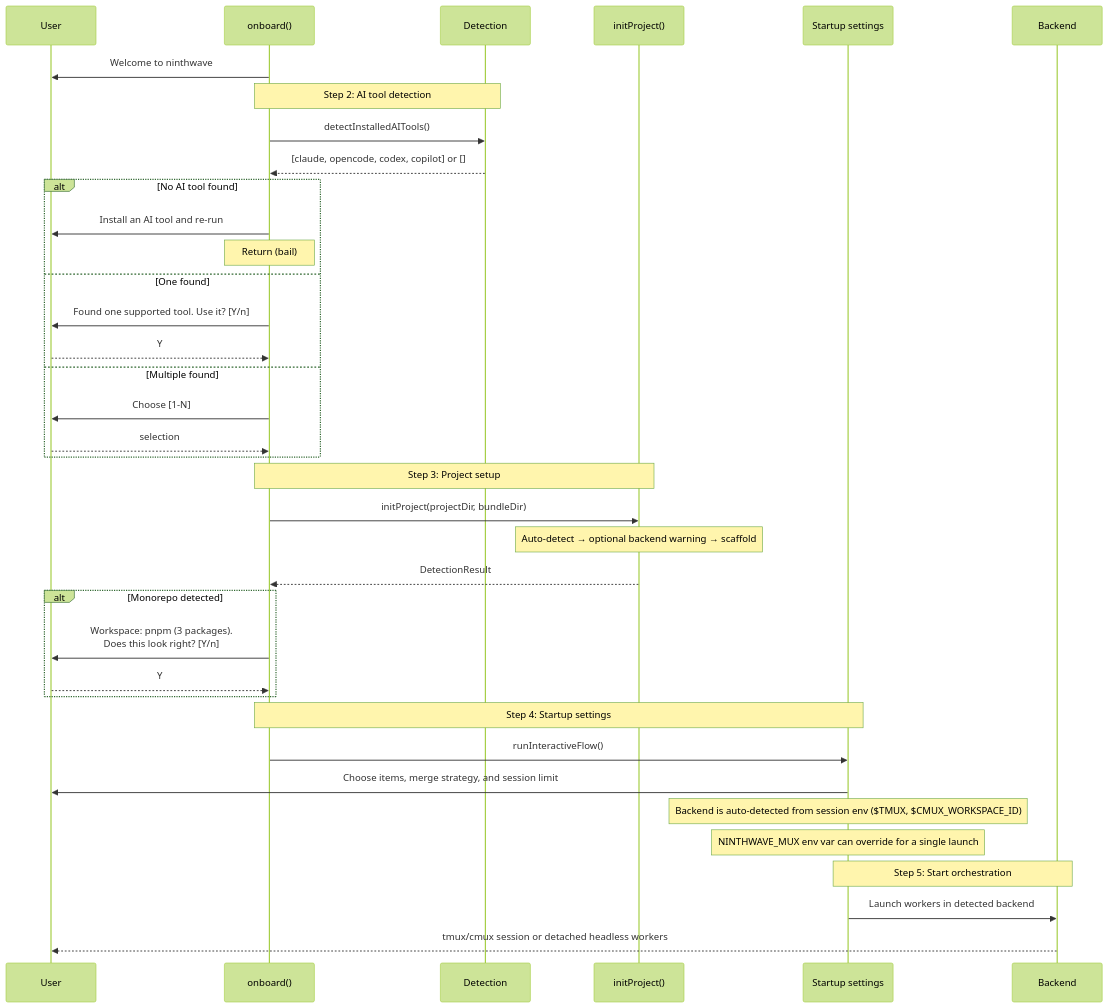
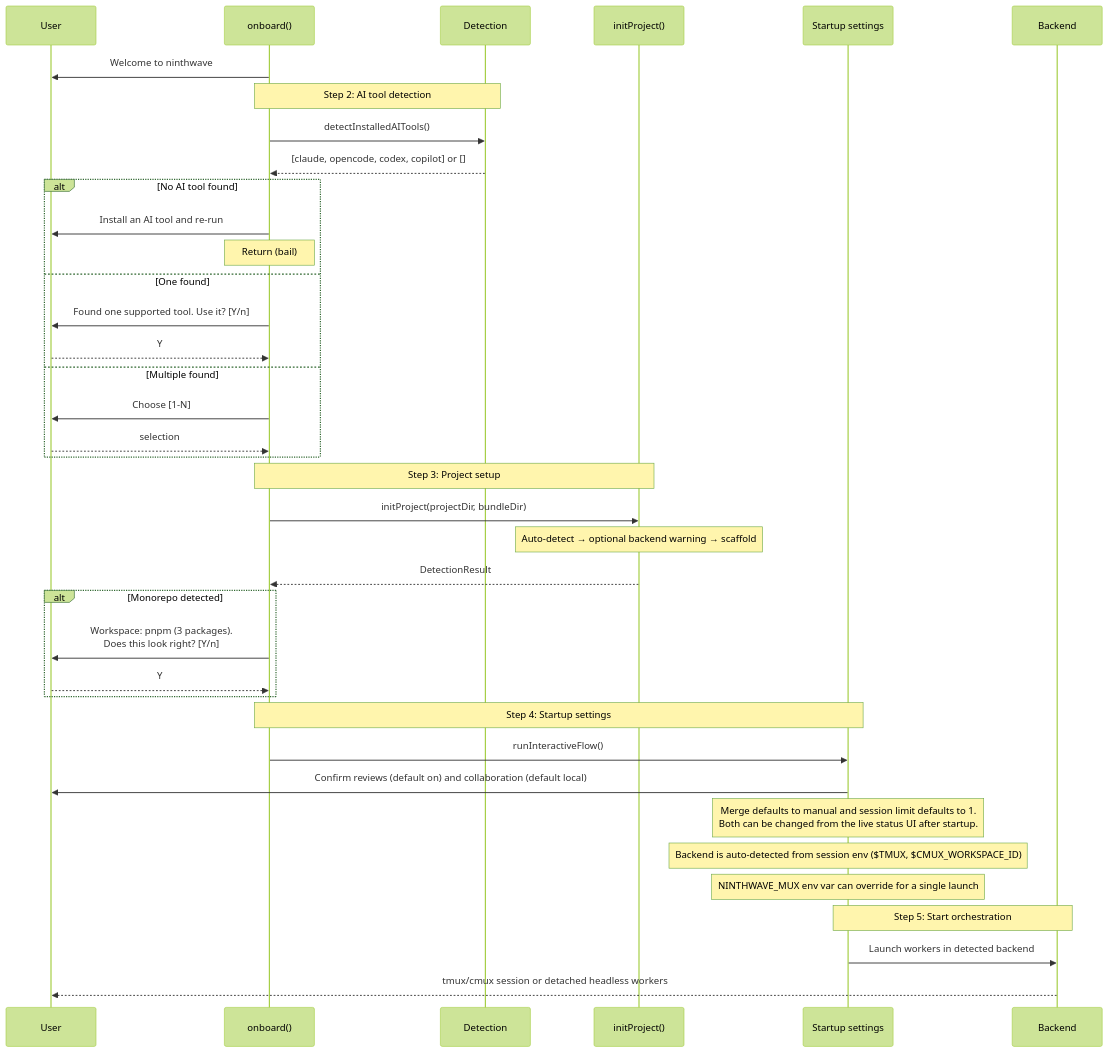
One commit to ninthwave-io/ninthwave changed the second of 4 diagrams in docs/onboarding.md. Above: the diagram before and after it, drawn with Mermaid (forest theme). The commit also changed other lines of this file and 3 other files, not shown here.

````diff
--- a/docs/onboarding.md
+++ b/docs/onboarding.md
@@ -58,46 +58,47 @@
 ```mermaid
 sequenceDiagram
     participant U as User
     participant O as onboard()
     participant D as Detection
     participant I as initProject()
     participant S as Startup settings
     participant B as Backend
 
     O->>U: Welcome to ninthwave
 
     Note over O,D: Step 2: AI tool detection
     O->>D: detectInstalledAITools()
     D-->>O: [claude, opencode, codex, copilot] or []
 
     alt No AI tool found
         O->>U: Install an AI tool and re-run
         Note over O: Return (bail)
     else One found
         O->>U: Found one supported tool. Use it? [Y/n]
         U-->>O: Y
     else Multiple found
         O->>U: Choose [1-N]
         U-->>O: selection
     end
 
     Note over O,I: Step 3: Project setup
     O->>I: initProject(projectDir, bundleDir)
     Note over I: Auto-detect → optional backend warning → scaffold
     I-->>O: DetectionResult
 
     alt Monorepo detected
         O->>U: Workspace: pnpm (3 packages).<br/>Does this look right? [Y/n]
         U-->>O: Y
     end
 
     Note over O,S: Step 4: Startup settings
     O->>S: runInteractiveFlow()
-    S->>U: Choose items, merge strategy, and session limit
+    S->>U: Confirm reviews (default on) and collaboration (default local)
+    Note over S: Merge defaults to manual and session limit defaults to 1.<br/>Both can be changed from the live status UI after startup.
     Note over S: Backend is auto-detected from session env ($TMUX, $CMUX_WORKSPACE_ID)
     Note over S: NINTHWAVE_MUX env var can override for a single launch
 
     Note over S,B: Step 5: Start orchestration
     S->>B: Launch workers in detected backend
     B-->>U: tmux/cmux session or detached headless workers
 ```
````
